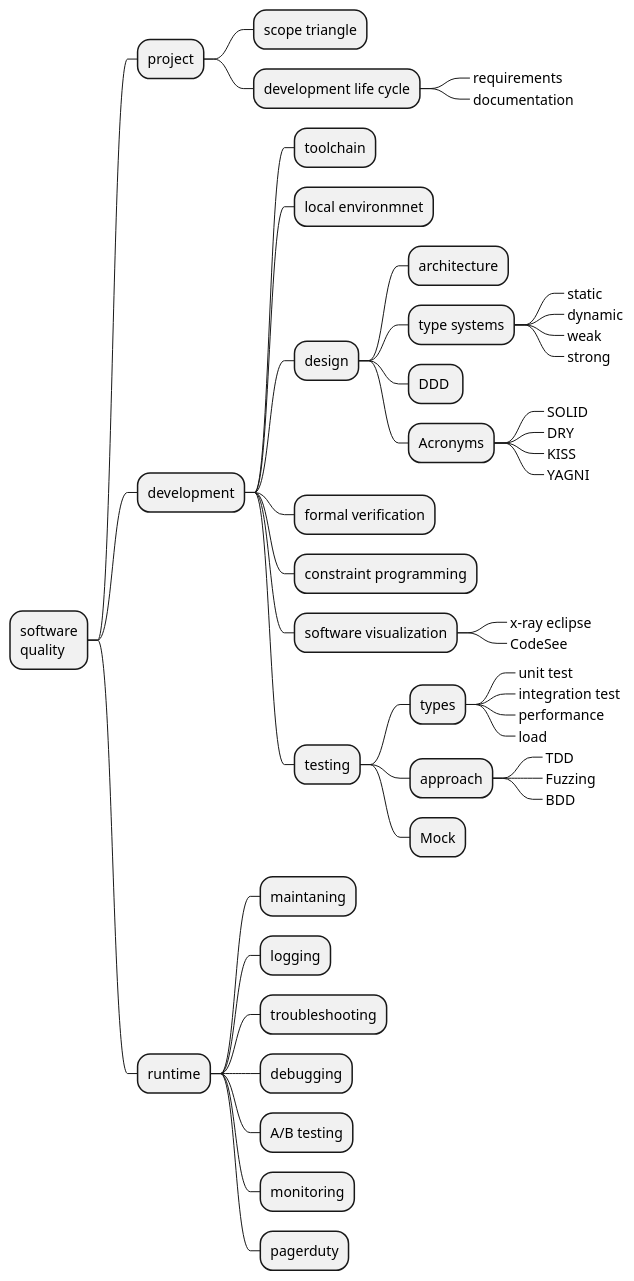
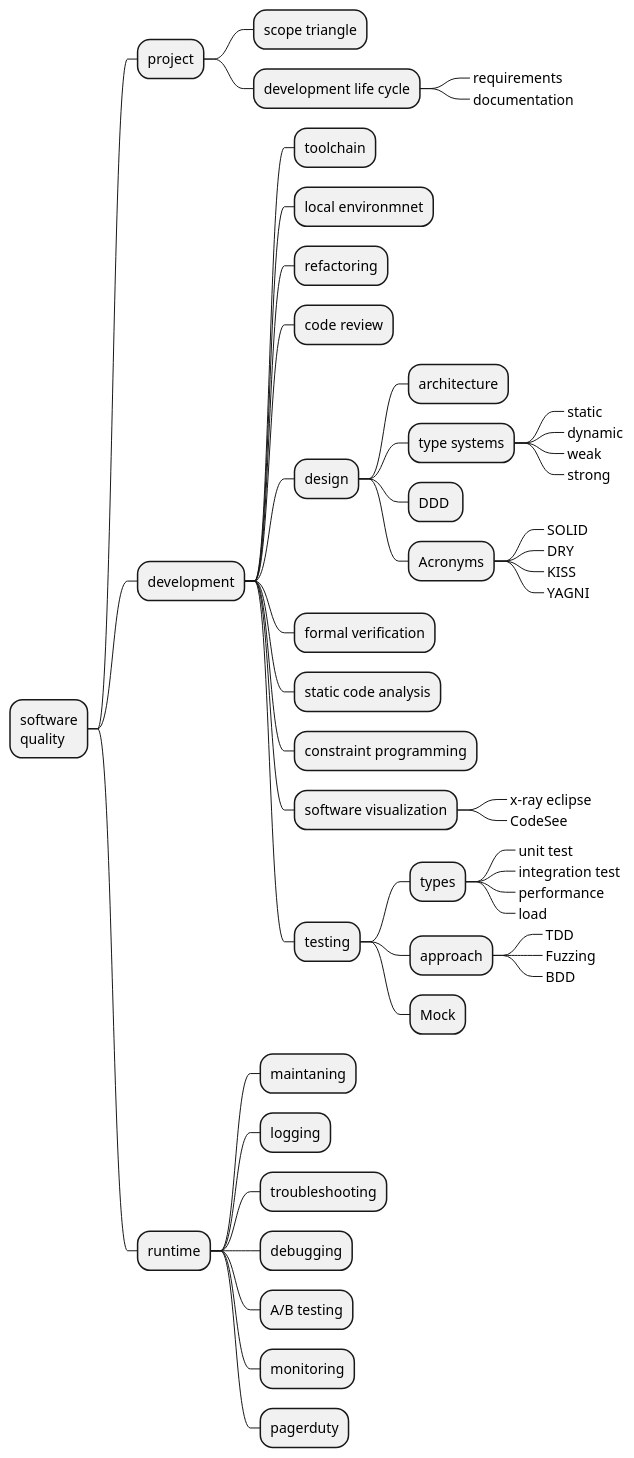
Before and after one commit to levplotkin/code-quality-roadmap: the diagram in software-quality-roadmap.iuml, drawn with PlantUML.

```diff
--- a/software-quality-roadmap.iuml
+++ b/software-quality-roadmap.iuml
@@ -1,48 +1,51 @@
 @startmindmap
 * software\nquality
  * project
   * scope triangle
   * development life cycle
    *_ requirements
    *_ documentation
  * development
   * toolchain
   * local environmnet
+  * refactoring
+  * code review
   * design
    * architecture
    * type systems
     *_ static
     *_ dynamic
     *_ weak
     *_ strong
    * DDD 
    * Acronyms
     *_ SOLID
     *_ DRY
     *_ KISS
     *_ YAGNI
   * formal verification
+  * static code analysis
   * constraint programming
   * software visualization
    *_ x-ray eclipse
    *_ CodeSee
   * testing
    * types
     *_ unit test
     *_ integration test
     *_ performance
     *_ load
    * approach
     *_ TDD
     *_ Fuzzing
     *_ BDD
    * Mock
  * runtime
   * maintaning
   * logging
   * troubleshooting
   * debugging
   * A/B testing
   * monitoring
   * pagerduty
 @endmindmap
```
